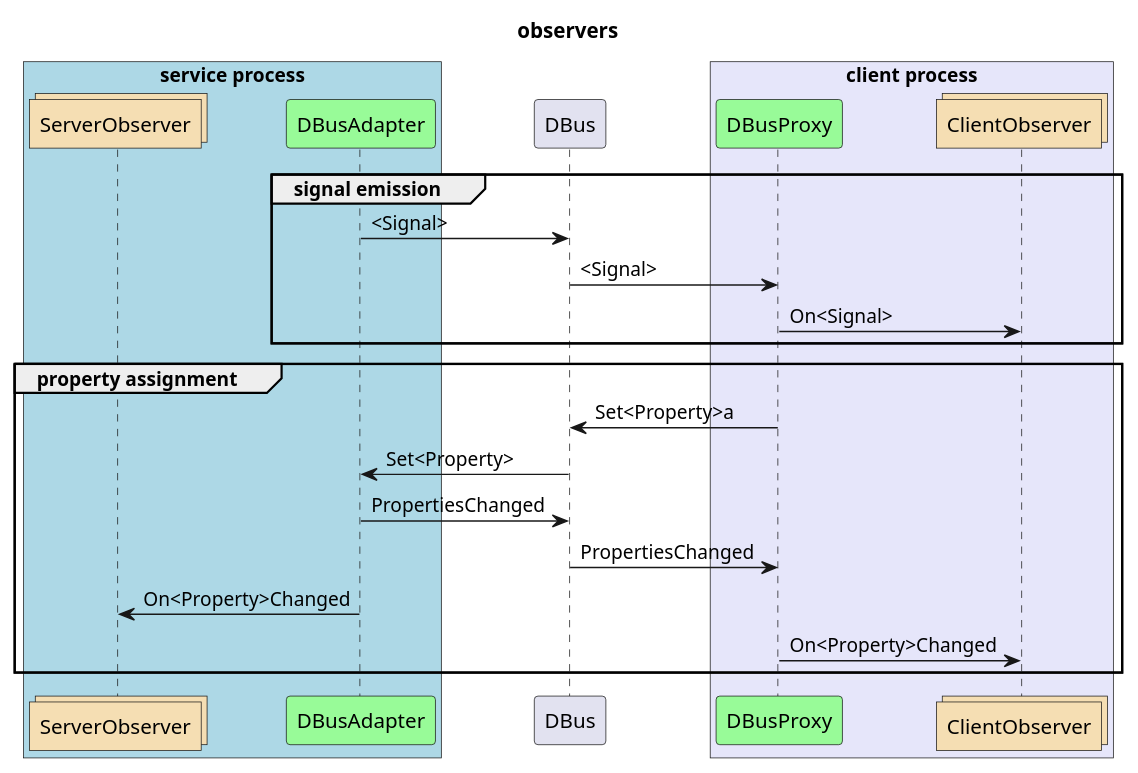
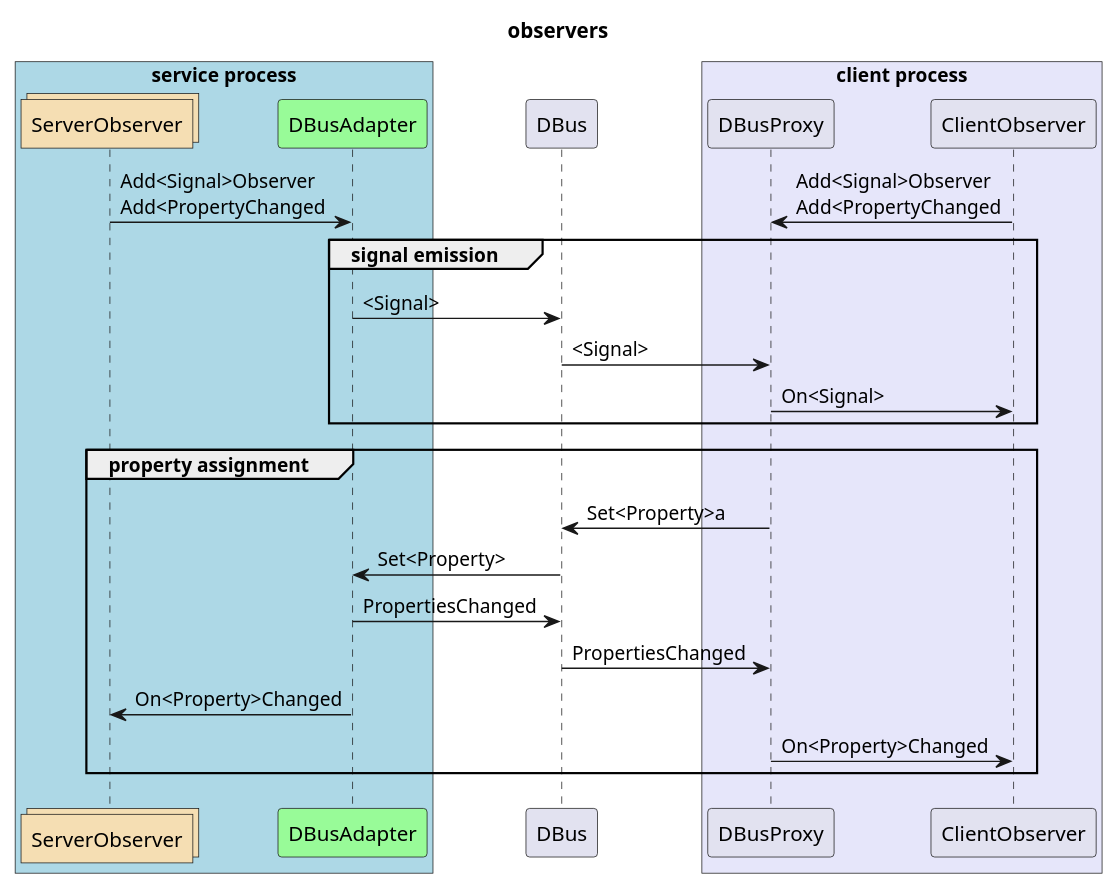
One commit to idleroamer/goqface changed the diagram in assets/observers.puml. Above: the diagram before and after it, drawn with PlantUML. The commit also changed 2 other files, not shown here.

```diff
--- a/assets/observers.puml
+++ b/assets/observers.puml
@@ -1,28 +1,31 @@
 @startuml
+!pragma teoz true
 title observers
 box "service process" #LightBlue
 collections ServerObserver #Wheat
 participant DBusAdapter #PaleGreen
 end box
 
+ServerObserver -> DBusAdapter : Add<Signal>Observer\nAdd<PropertyChanged
+& ClientObserver -> DBusProxy : Add<Signal>Observer\nAdd<PropertyChanged
 group signal emission
 DBusAdapter -> DBus: <Signal>
 box "client process" #Lavender
 participant DBusProxy #PaleGreen
 collections ClientObserver #Wheat
 end box
 
 DBus -> DBusProxy: <Signal>
 DBusProxy -> ClientObserver : On<Signal>
 end
 
 group property assignment
 
 DBusProxy -> DBus: Set<Property>a
 DBus -> DBusAdapter: Set<Property>
 DBusAdapter -> DBus: PropertiesChanged
 DBus -> DBusProxy: PropertiesChanged
 DBusAdapter -> ServerObserver: On<Property>Changed
 DBusProxy -> ClientObserver: On<Property>Changed
 end
 @enduml
```
